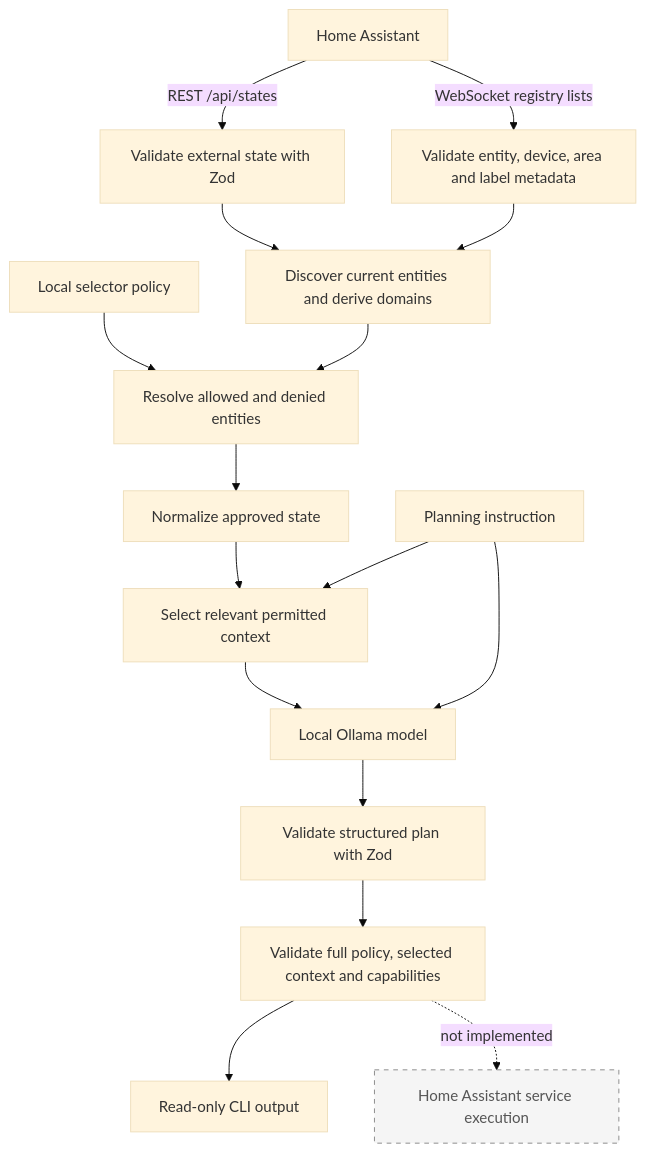
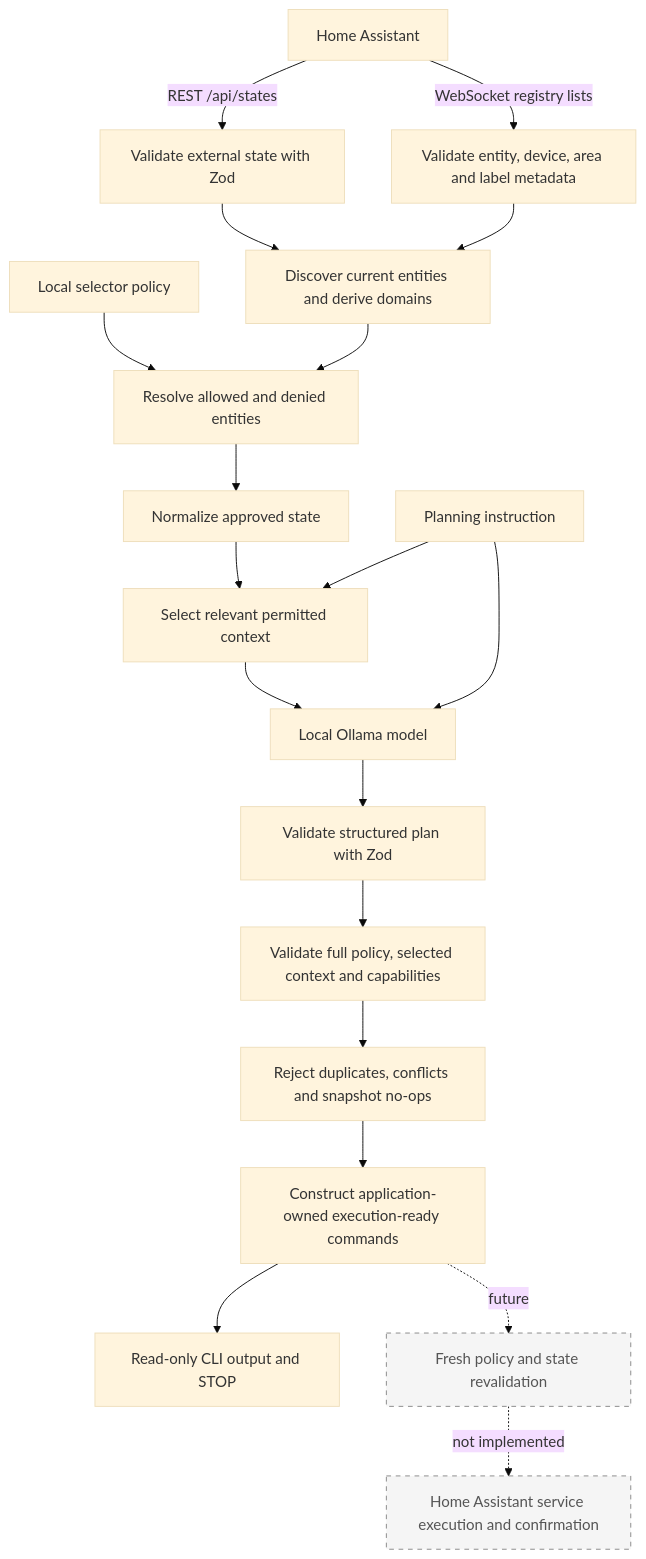
One commit to aabiskar1/aryal-home changed the diagram in README.md. Above: the diagram before and after it, drawn with Mermaid (base theme). The commit also changed other lines of this file and 7 other files, not shown here.

````diff
--- a/README.md
+++ b/README.md
@@ -41,21 +42,24 @@
 ```mermaid
 flowchart TD
     HA[Home Assistant] -->|REST /api/states| HV[Validate external state with Zod]
     HA -->|WebSocket registry lists| RG[Validate entity, device, area and label metadata]
     HV --> D[Discover current entities and derive domains]
     RG --> D
     P[Local selector policy] --> R[Resolve allowed and denied entities]
     D --> R
     R --> N[Normalize approved state]
     N --> Q[Select relevant permitted context]
     I[Planning instruction] --> Q
     Q --> O[Local Ollama model]
     I --> O
     O --> S[Validate structured plan with Zod]
     S --> PV[Validate full policy, selected context and capabilities]
-    PV --> C[Read-only CLI output]
-    PV -. not implemented .-> E[Home Assistant service execution]
+    PV --> ER[Reject duplicates, conflicts and snapshot no-ops]
+    ER --> CMD[Construct application-owned execution-ready commands]
+    CMD --> C[Read-only CLI output and STOP]
+    CMD -. future .-> RV[Fresh policy and state revalidation]
+    RV -. not implemented .-> E[Home Assistant service execution and confirmation]
 
     classDef future fill:#f5f5f5,stroke:#888,stroke-dasharray:5 5,color:#555;
-    class E future;
+    class RV,E future;
 ```
````
